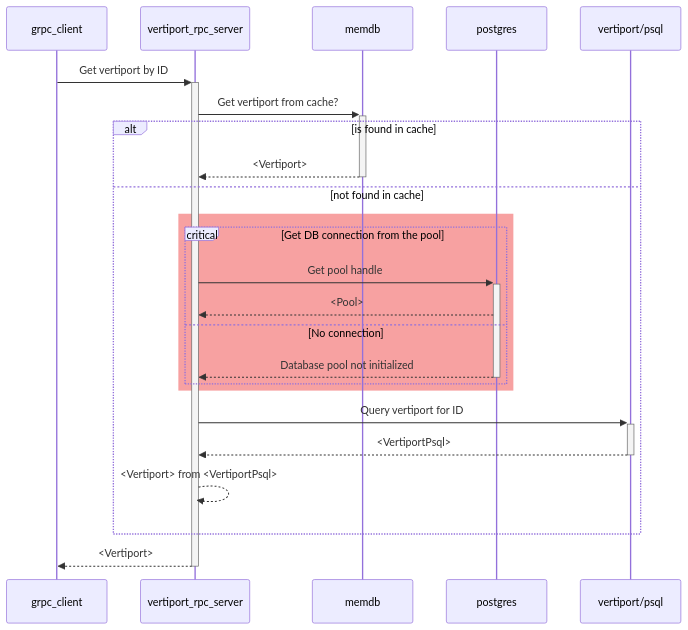
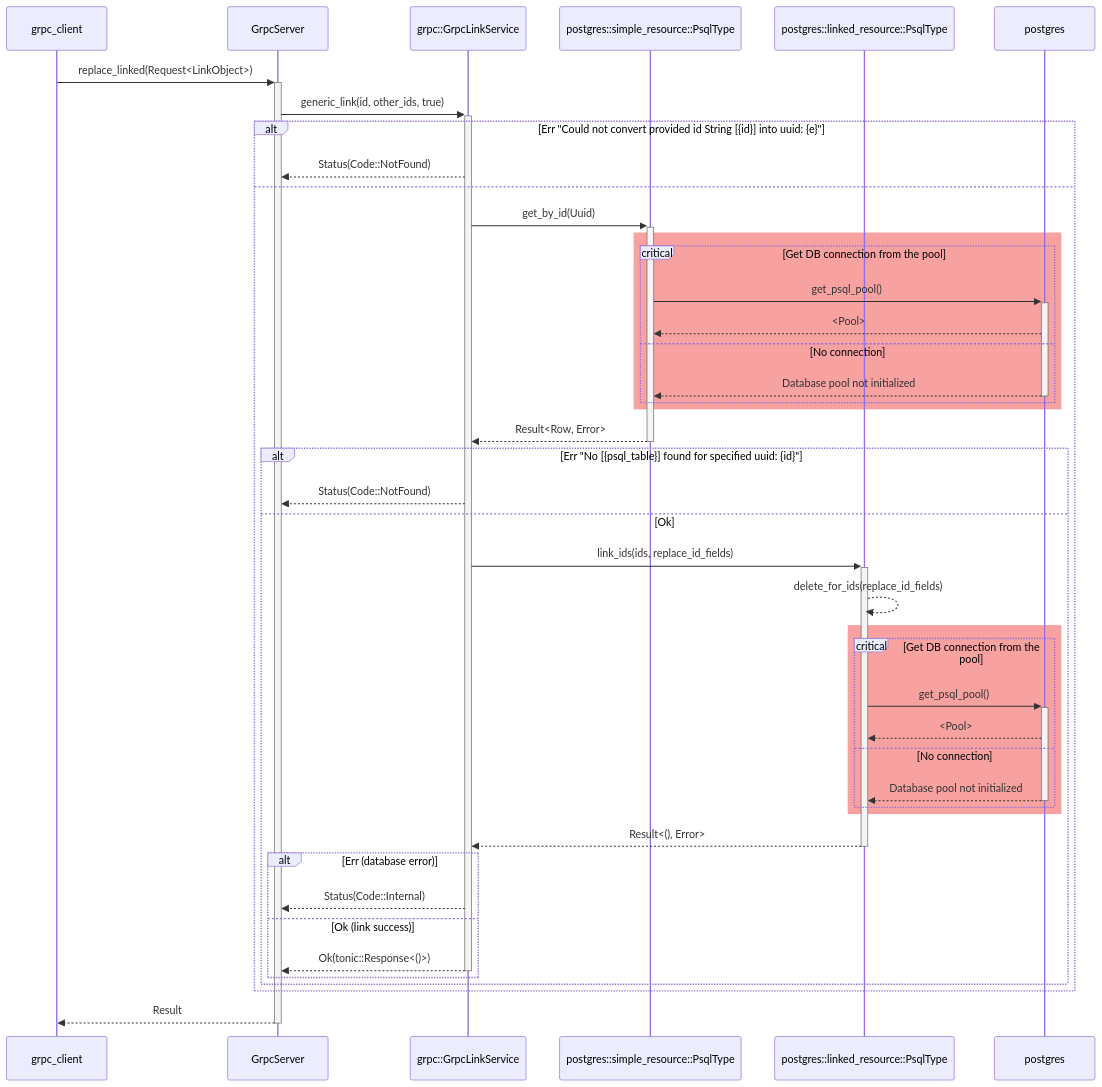
Before and after one commit to aetheric-oss/svc-storage: the ninth of 13 diagrams in docs/sdd.md, drawn with Mermaid. The commit also changed other lines of this file and 2 other files, not shown here.

````diff
--- a/docs/sdd.md
+++ b/docs/sdd.md
@@ -371,26 +417,46 @@
 ```mermaid
 sequenceDiagram
     participant client as grpc_client
-    participant grpc as vertiport_rpc_server
-    participant memdb as memdb
+    participant grpc_server as GrpcServer
+    participant grpc_service as grpc::GrpcLinkService
+    participant psql_simple as postgres::simple_resource::PsqlType
+    participant psql_linked as postgres::linked_resource::PsqlType
     participant psql as postgres
-    participant psql_vp as vertiport/psql
-    client->>+grpc: Get vertiport by ID
-    grpc->>+memdb: Get vertiport from cache?
-    alt is found in cache
-        memdb-->>-grpc: <Vertiport>
-    else not found in cache
+    client->>+grpc_server: replace_linked(Request<LinkObject>)
+    grpc_server->>+grpc_service: generic_link(id, other_ids, true)
+    alt Err "Could not convert provided id String [{id}] into uuid: {e}"
+        grpc_service-->>grpc_server: Status(Code::NotFound)
+    else
+        grpc_service->>+psql_simple: get_by_id(Uuid)
         rect rgb(247, 161, 161)
             critical Get DB connection from the pool
-                grpc->>+psql: Get pool handle
-                psql-->>grpc: <Pool>
+                psql_simple->>+psql: get_psql_pool()
+                psql-->>psql_simple: <Pool>
             option No connection
-                psql-->>-grpc: Database pool not initialized
+                psql-->>-psql_simple: Database pool not initialized
             end
         end
-        grpc->>+psql_vp: Query vertiport for ID
-        psql_vp-->>-grpc: <VertiportPsql>
-        grpc-->>grpc: <Vertiport> from <VertiportPsql>
+        psql_simple-->>-grpc_service: Result<Row, Error>
+        alt Err "No [{psql_table}] found for specified uuid: {id}"
+            grpc_service-->>grpc_server: Status(Code::NotFound)
+        else Ok
+            grpc_service->>+psql_linked: link_ids(ids, replace_id_fields)
+            psql_linked-->>psql_linked: delete_for_ids(replace_id_fields)
+            rect rgb(247, 161, 161)
+                critical Get DB connection from the pool
+                    psql_linked->>+psql: get_psql_pool()
+                    psql-->>psql_linked: <Pool>
+                option No connection
+                    psql-->>-psql_linked: Database pool not initialized
+                end
+            end
+            psql_linked-->>-grpc_service: Result<(), Error>
+            alt Err (database error)
+                grpc_service-->>grpc_server: Status(Code::Internal)
+            else Ok (link success)
+                grpc_service-->>-grpc_server: Ok(tonic::Response<()>)
+            end
+        end
     end
-    grpc-->>-client: <Vertiport>
+    grpc_server-->>-client: Result
 ```
````
